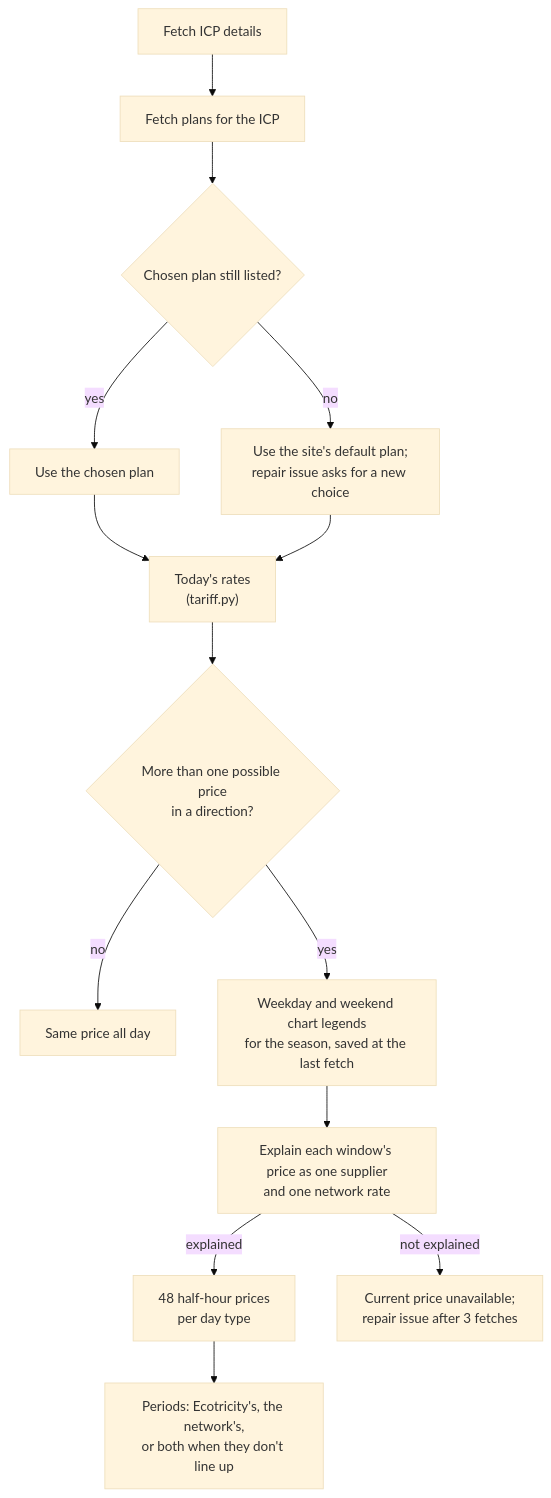
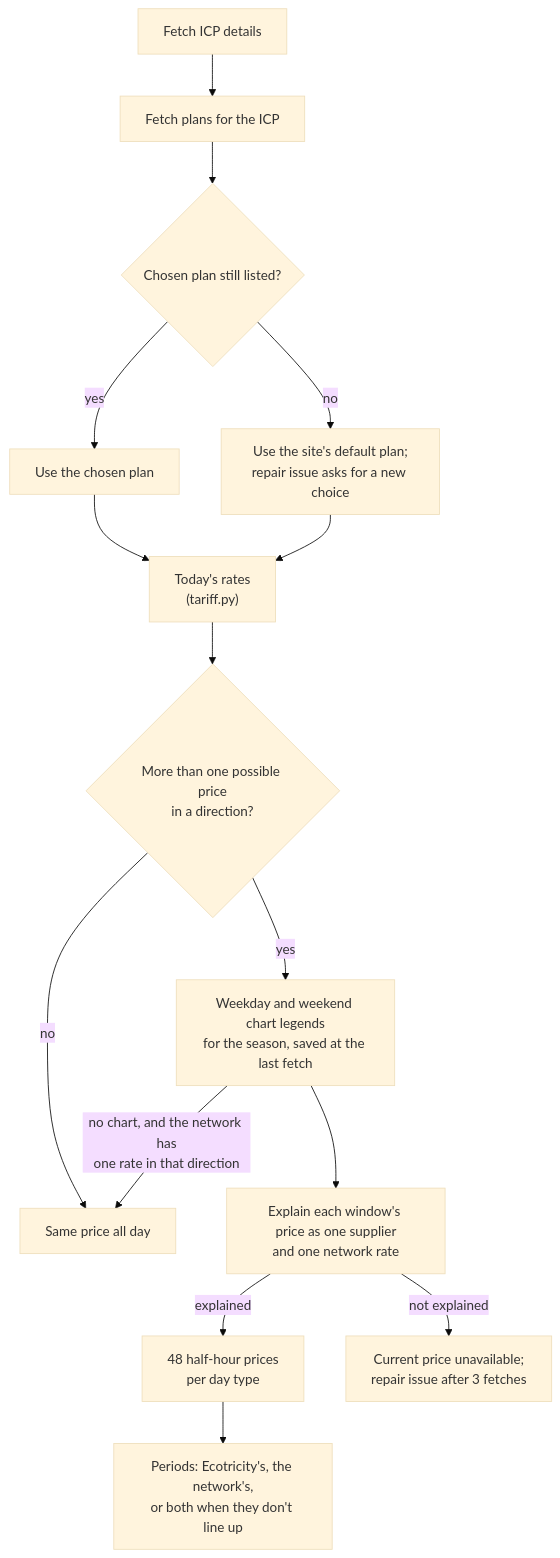
One commit to rhyskoedijk/ha-ecotricity-nz changed the second of 4 diagrams in docs/architecture.md. Above: the diagram before and after it, drawn with Mermaid (base theme). The commit also changed other lines of this file and 8 other files, not shown here.

First line of the commit message:
fix: price periods correctly when charts are partial or unreadable

````diff
--- a/docs/architecture.md
+++ b/docs/architecture.md
@@ -84,15 +84,16 @@
 ```mermaid
 flowchart TD
     A["Fetch ICP details"] --> B["Fetch plans for the ICP"]
     B --> F{"Chosen plan still listed?"}
     F -- yes --> Q["Use the chosen plan"]
     F -- no --> S["Use the site's default plan;<br/>repair issue asks for a new choice"]
     Q & S --> G["Today's rates<br/>(tariff.py)"]
     G --> H{"More than one possible price<br/>in a direction?"}
     H -- no --> I["Same price all day"]
     H -- yes --> J["Weekday and weekend chart legends<br/>for the season, saved at the last fetch"]
+    J -- "no chart, and the network has<br/>one rate in that direction" --> I
     J --> K["Explain each window's price as one supplier<br/>and one network rate"]
     K -- explained --> L["48 half-hour prices<br/>per day type"]
     K -- "not explained" --> M["Current price unavailable;<br/>repair issue after 3 fetches"]
     L --> N["Periods: Ecotricity's, the network's,<br/>or both when they don't line up"]
 ```
````
